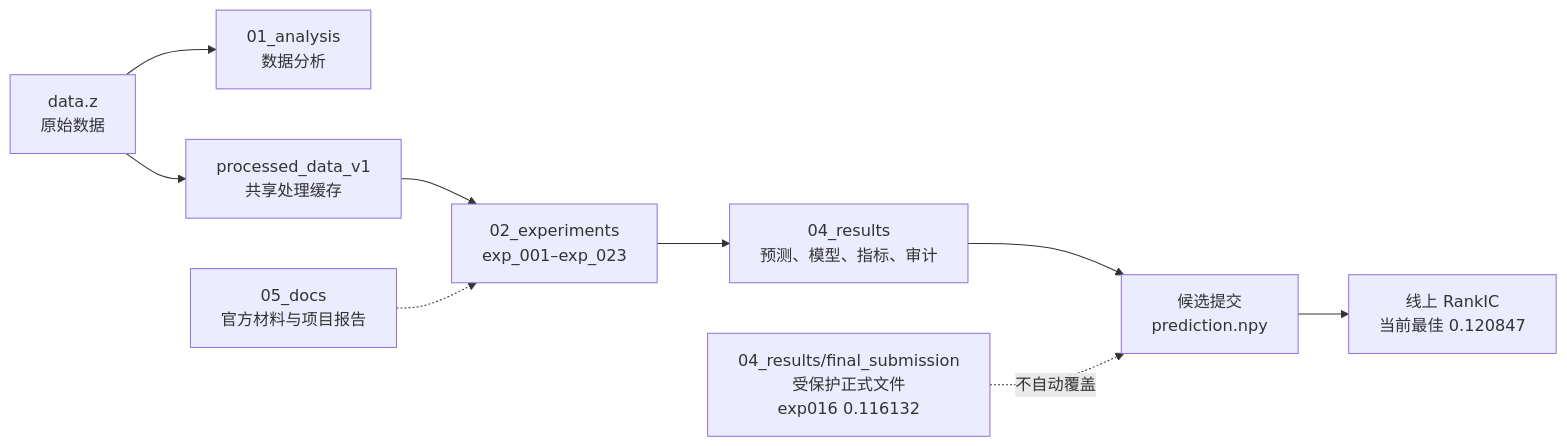
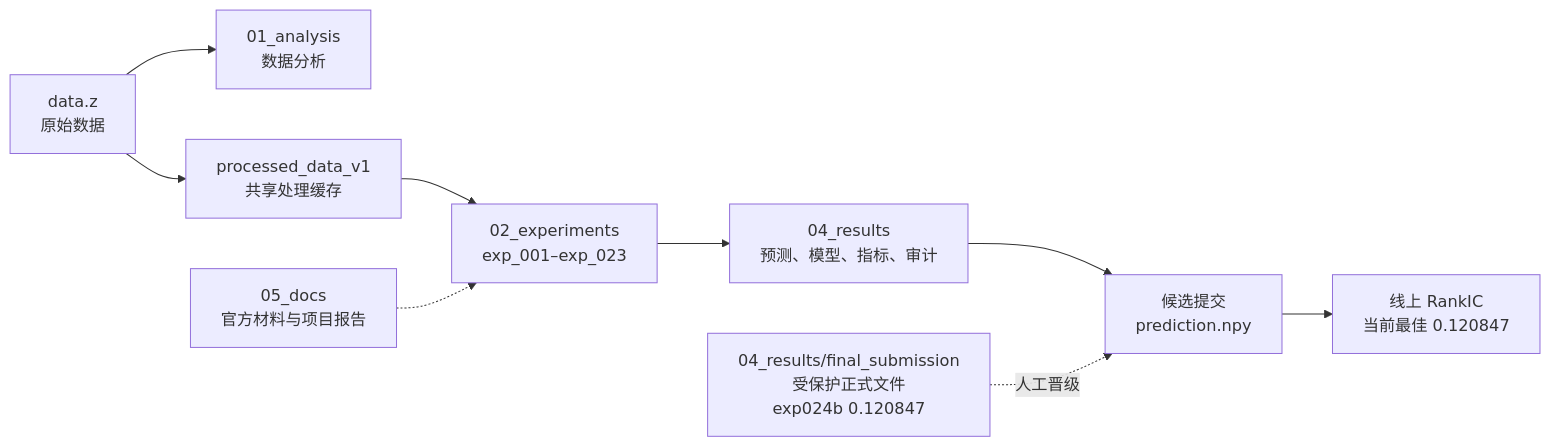
Before and after one commit to kelin-gpu/youanbei: the first of 2 diagrams in README.md, drawn with Mermaid. The commit also changed other lines of this file and 9 other files, not shown here.

````diff
--- a/README.md
+++ b/README.md
@@ -35,11 +35,11 @@
 ```mermaid
 flowchart LR
     A["data.z\n原始数据"] --> B["01_analysis\n数据分析"]
     A --> C["processed_data_v1\n共享处理缓存"]
     C --> D["02_experiments\nexp_001–exp_023"]
     D --> E["04_results\n预测、模型、指标、审计"]
     E --> F["候选提交\nprediction.npy"]
     F --> G["线上 RankIC\n当前最佳 0.120847"]
     H["05_docs\n官方材料与项目报告"] -.-> D
-    I["04_results/final_submission\n受保护正式文件\nexp016 0.116132"] -.不自动覆盖.-> F
+    I["04_results/final_submission\n受保护正式文件\nexp024b 0.120847"] -.人工晋级.-> F
 ```
````
